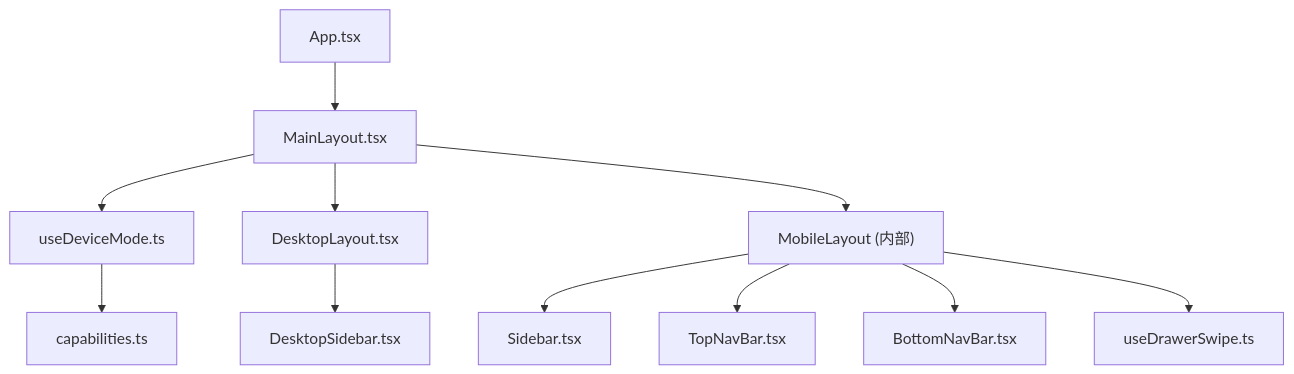
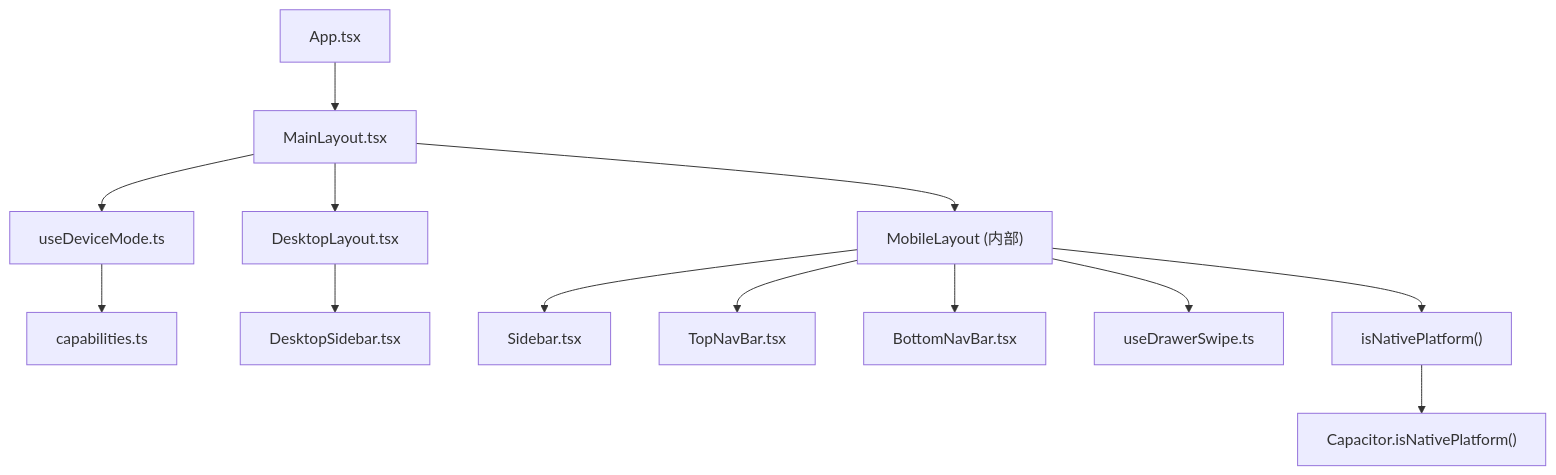
The first of 5 diagrams in .qoder/repowiki/zh/content/核心组件/主布局组件 MainLayout.md (billye220670/AIShop), drawn with Mermaid before and after one commit. The commit also changed other lines of this file and 45 other files, not shown here.

````diff
--- a/.qoder/repowiki/zh/content/核心组件/主布局组件 MainLayout.md
+++ b/.qoder/repowiki/zh/content/核心组件/主布局组件 MainLayout.md
@@ -52,13 +55,15 @@
 ```mermaid
 graph TB
 App["App.tsx"] --> MainLayout["MainLayout.tsx"]
 MainLayout --> DeviceMode["useDeviceMode.ts"]
 DeviceMode --> Capabilities["capabilities.ts"]
 MainLayout --> DesktopLayout["DesktopLayout.tsx"]
 MainLayout --> MobileLayout["MobileLayout (内部)"]
 DesktopLayout --> DesktopSidebar["DesktopSidebar.tsx"]
 MobileLayout --> Sidebar["Sidebar.tsx"]
 MobileLayout --> TopNavBar["TopNavBar.tsx"]
 MobileLayout --> BottomNavBar["BottomNavBar.tsx"]
 MobileLayout --> SwipeHook["useDrawerSwipe.ts"]
+MobileLayout --> NativePlatform["isNativePlatform()"]
+NativePlatform --> Capacitor["Capacitor.isNativePlatform()"]
 ```
````
